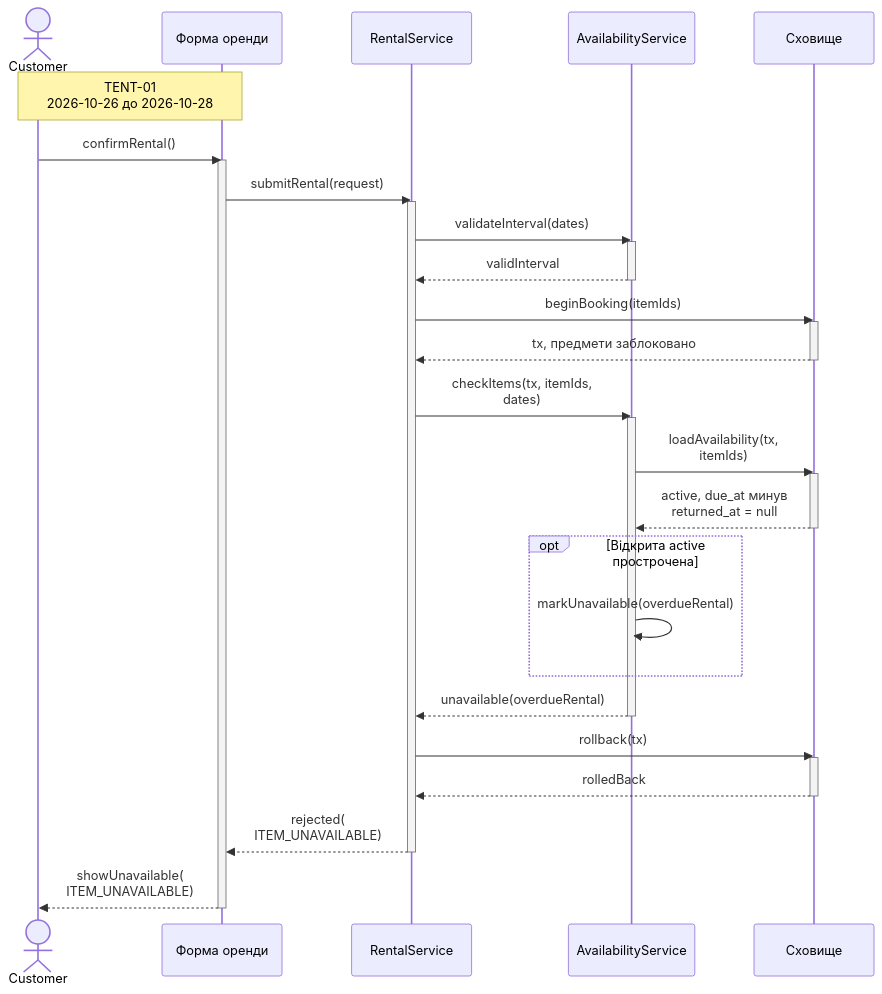
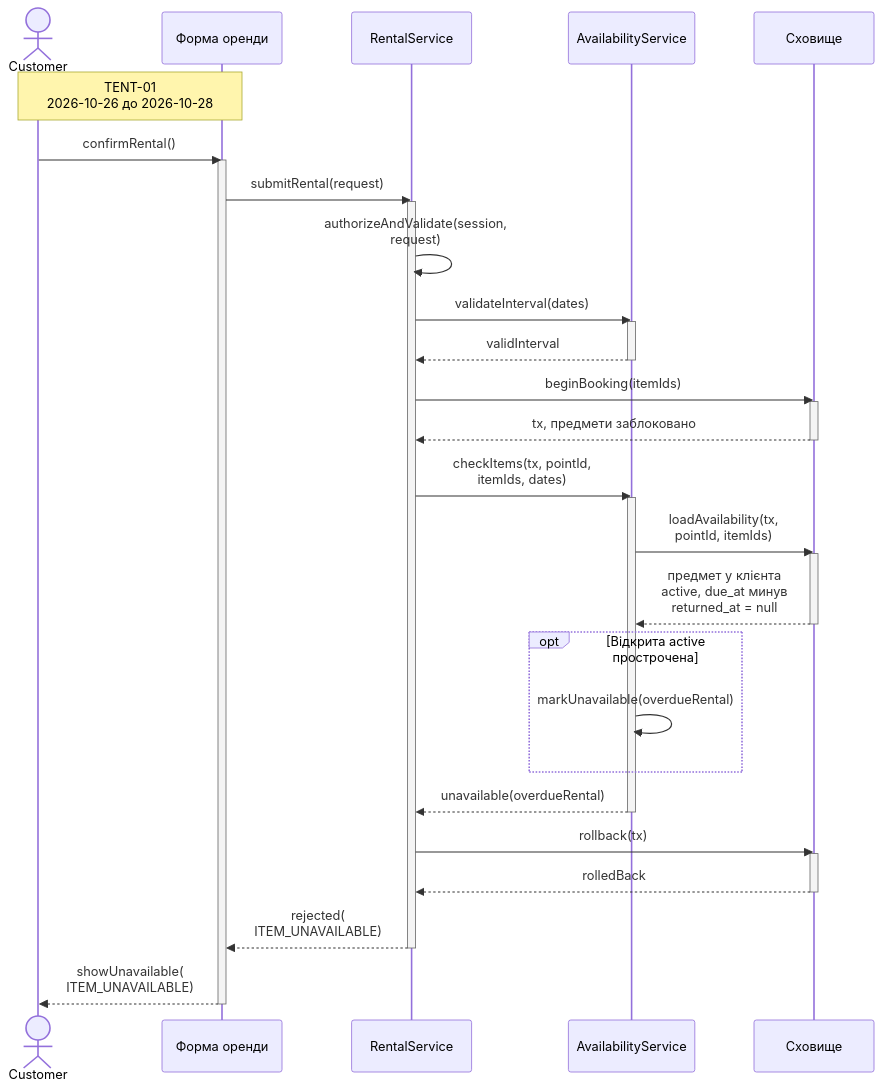
Before and after one commit to kirgafan/KPI_labs: the second of 6 diagrams in Labs/lab-3/model.md, drawn with Mermaid. The commit also changed other lines of this file and 3 other files, not shown here.

First line of the commit message:
fix(lab-3): validate booking ownership, items and agreed rates

````diff
--- a/Labs/lab-3/model.md
+++ b/Labs/lab-3/model.md
@@ -65,40 +83,41 @@
 ```mermaid
 sequenceDiagram
     actor C as Customer
     participant U as Форма оренди
     participant R as RentalService
     participant A as AvailabilityService
     participant S as Сховище
     Note over C,U: TENT-01<br/>2026-10-26 до 2026-10-28
     C->>U: confirmRental()
     activate U
     U->>R: submitRental(request)
     activate R
+    R->>R: authorizeAndValidate(session,<br/>request)
     R->>A: validateInterval(dates)
     activate A
     A-->>R: validInterval
     deactivate A
     R->>S: beginBooking(itemIds)
     activate S
     S-->>R: tx, предмети заблоковано
     deactivate S
-    R->>A: checkItems(tx, itemIds,<br/>dates)
+    R->>A: checkItems(tx, pointId,<br/>itemIds, dates)
     activate A
-    A->>S: loadAvailability(tx,<br/>itemIds)
+    A->>S: loadAvailability(tx,<br/>pointId, itemIds)
     activate S
-    S-->>A: active, due_at минув<br/>returned_at = null
+    S-->>A: предмет у клієнта<br/>active, due_at минув<br/>returned_at = null
     deactivate S
     opt Відкрита active прострочена
         A->>A: markUnavailable(overdueRental)
     end
     A-->>R: unavailable(overdueRental)
     deactivate A
     R->>S: rollback(tx)
     activate S
     S-->>R: rolledBack
     deactivate S
     R-->>U: rejected(<br/>ITEM_UNAVAILABLE)
     deactivate R
     U-->>C: showUnavailable(<br/>ITEM_UNAVAILABLE)
     deactivate U
 ```
````
